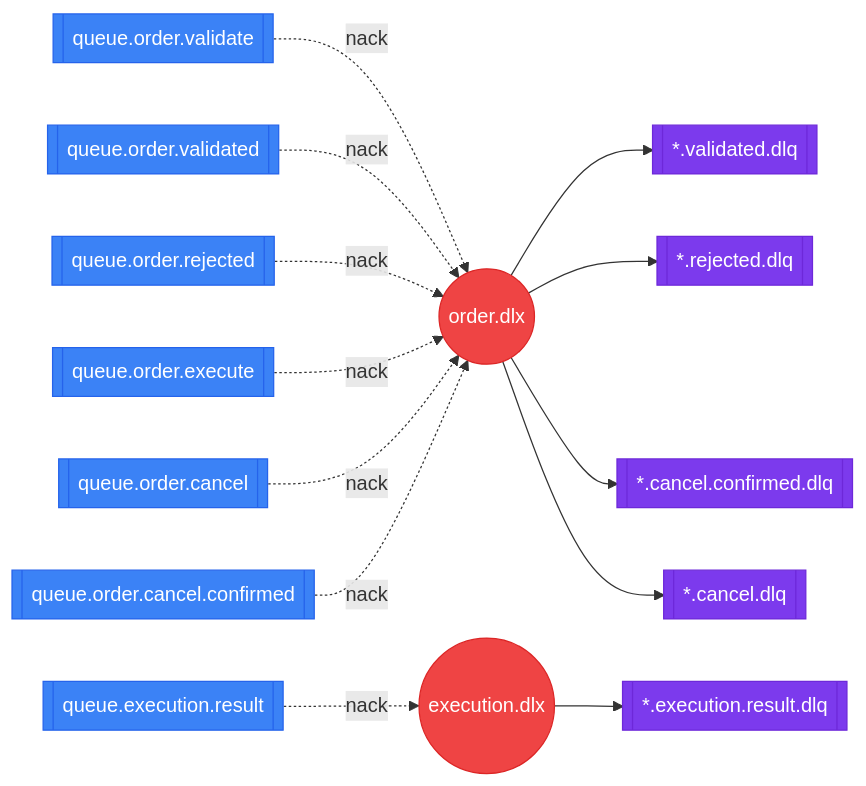
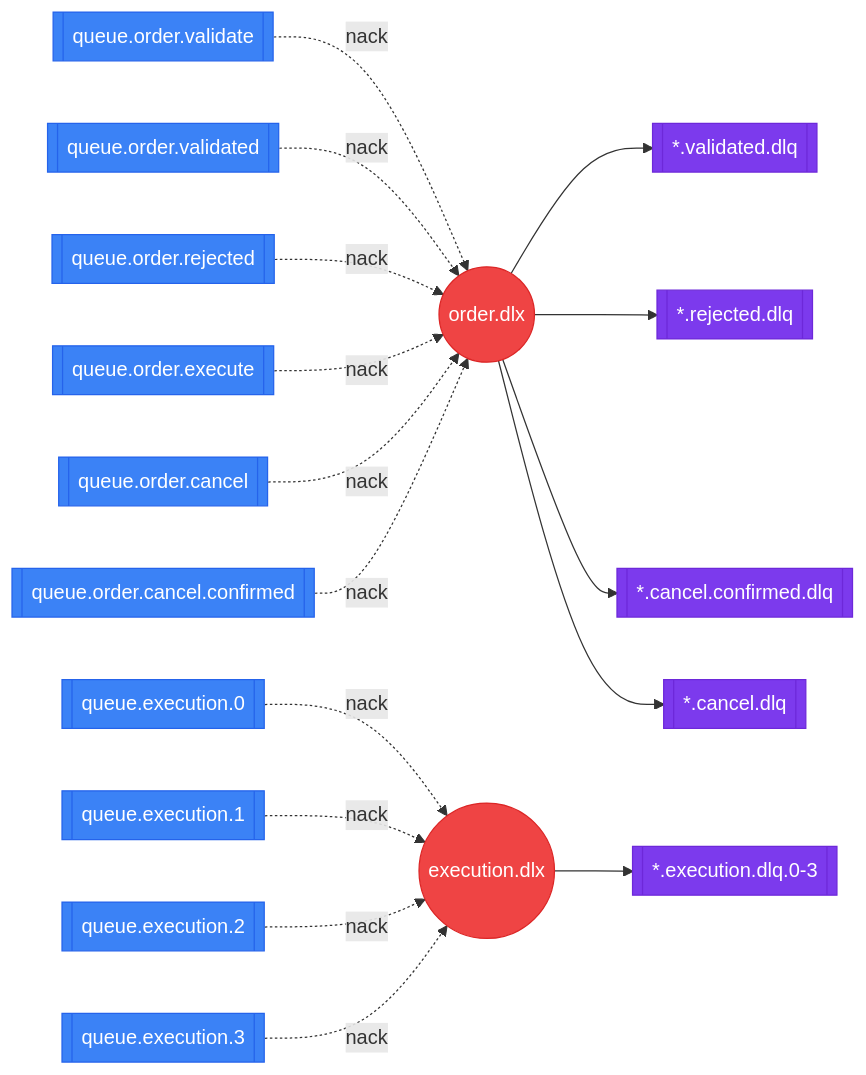
One commit to hwanseok-dev/system-design-study changed the fourth of 4 diagrams in security/README.md. Above: the diagram before and after it, drawn with Mermaid. The commit also changed other lines of this file and 2 other files, not shown here.

````diff
--- a/security/README.md
+++ b/security/README.md
@@ -113,38 +122,44 @@
 ```mermaid
 flowchart LR
     classDef exchange fill:#ef4444,stroke:#dc2626,color:#fff
     classDef queue fill:#3b82f6,stroke:#2563eb,color:#fff
     classDef dlq fill:#7c3aed,stroke:#6d28d9,color:#fff
 
     Q1[[queue.order.validate]]:::queue
     Q2[[queue.order.validated]]:::queue
     Q3[[queue.order.rejected]]:::queue
     Q4[[queue.order.execute]]:::queue
     Q5[[queue.order.cancel]]:::queue
     Q6[[queue.order.cancel.confirmed]]:::queue
-    Q7[[queue.execution.result]]:::queue
+    Q7[[queue.execution.0]]:::queue
+    Q8[[queue.execution.1]]:::queue
+    Q9[[queue.execution.2]]:::queue
+    Q10[[queue.execution.3]]:::queue
 
     ODLX((order.dlx)):::exchange
     EDLX((execution.dlx)):::exchange
 
     DLQ1[[*.validated.dlq]]:::dlq
     DLQ2[[*.rejected.dlq]]:::dlq
     DLQ3[[*.cancel.confirmed.dlq]]:::dlq
     DLQ4[[*.cancel.dlq]]:::dlq
-    DLQ5[[*.execution.result.dlq]]:::dlq
+    DLQ5[[*.execution.dlq.0-3]]:::dlq
 
     Q1 -.->|nack| ODLX
     Q2 -.->|nack| ODLX
     Q3 -.->|nack| ODLX
     Q4 -.->|nack| ODLX
     Q5 -.->|nack| ODLX
     Q6 -.->|nack| ODLX
 
     ODLX --> DLQ1
     ODLX --> DLQ2
     ODLX --> DLQ3
     ODLX --> DLQ4
 
     Q7 -.->|nack| EDLX
+    Q8 -.->|nack| EDLX
+    Q9 -.->|nack| EDLX
+    Q10 -.->|nack| EDLX
     EDLX --> DLQ5
 ```
````
